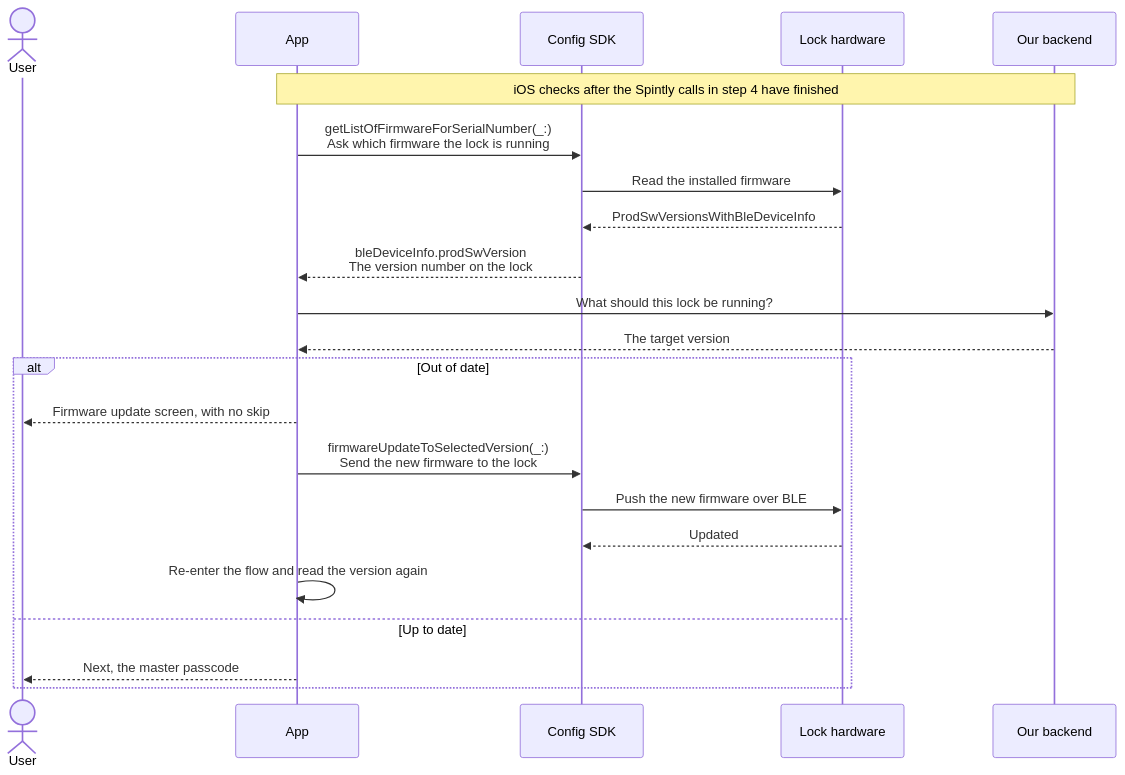
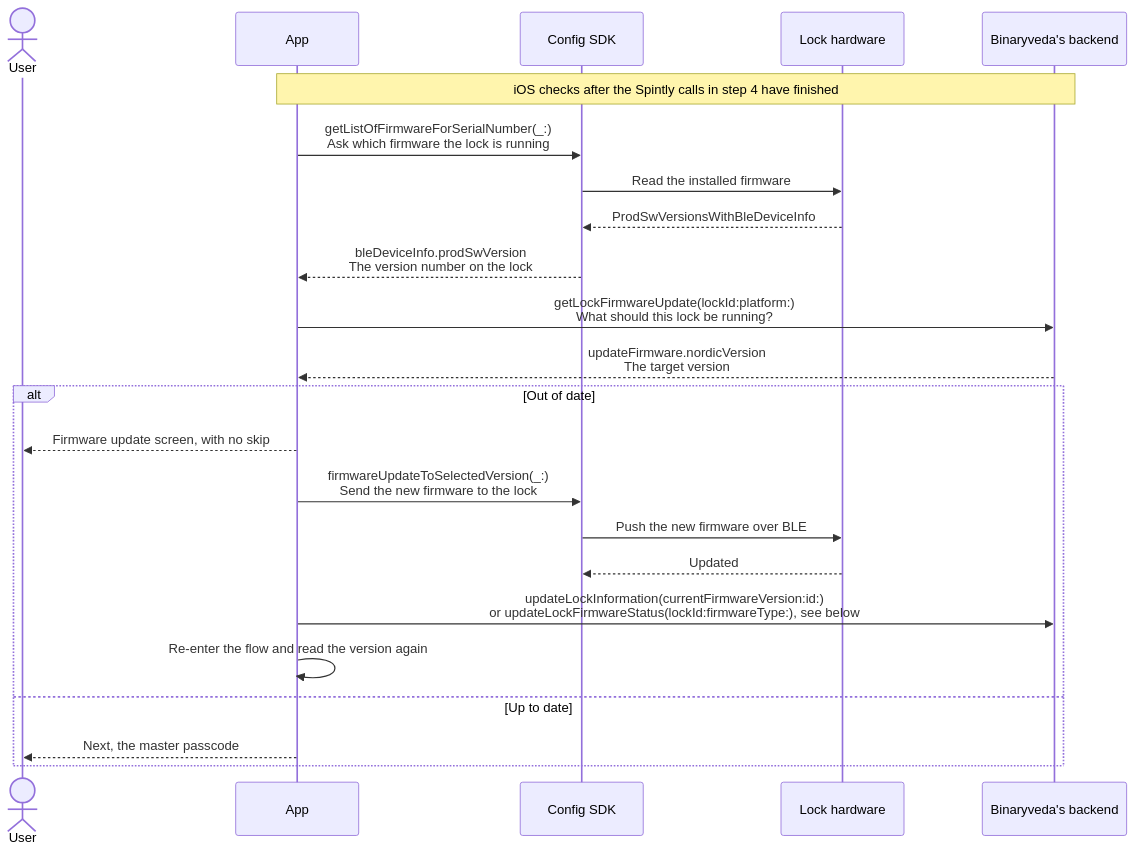
The ninth of 16 diagrams in docs/lock-onboarding.md (Yash-Wadatkar-Binaryveda/sdk-docs-site), drawn with Mermaid before and after one commit. The commit also changed other lines of this file and 3 other files, not shown here.

First line of the commit message:
Update documentation to reflect Binaryveda's backend and clarify SDK interactions

````diff
--- a/docs/lock-onboarding.md
+++ b/docs/lock-onboarding.md
@@ -343,25 +360,26 @@
     ```mermaid
     sequenceDiagram
         actor U as User
         participant A as App
         participant C as Config SDK
         participant L as Lock hardware
-        participant B as Our backend
+        participant B as Binaryveda's backend
 
         Note over A,B: iOS checks after the Spintly calls in step 4 have finished
         A->>C: getListOfFirmwareForSerialNumber(_:)<br/>Ask which firmware the lock is running
         C->>L: Read the installed firmware
         L-->>C: ProdSwVersionsWithBleDeviceInfo
         C-->>A: bleDeviceInfo.prodSwVersion<br/>The version number on the lock
-        A->>B: What should this lock be running?
-        B-->>A: The target version
+        A->>B: getLockFirmwareUpdate(lockId:platform:)<br/>What should this lock be running?
+        B-->>A: updateFirmware.nordicVersion<br/>The target version
         alt Out of date
             A-->>U: Firmware update screen, with no skip
             A->>C: firmwareUpdateToSelectedVersion(_:)<br/>Send the new firmware to the lock
             C->>L: Push the new firmware over BLE
             L-->>C: Updated
+            A->>B: updateLockInformation(currentFirmwareVersion:id:)<br/>or updateLockFirmwareStatus(lockId:firmwareType:), see below
             A->>A: Re-enter the flow and read the version again
         else Up to date
             A-->>U: Next, the master passcode
         end
     ```
````
